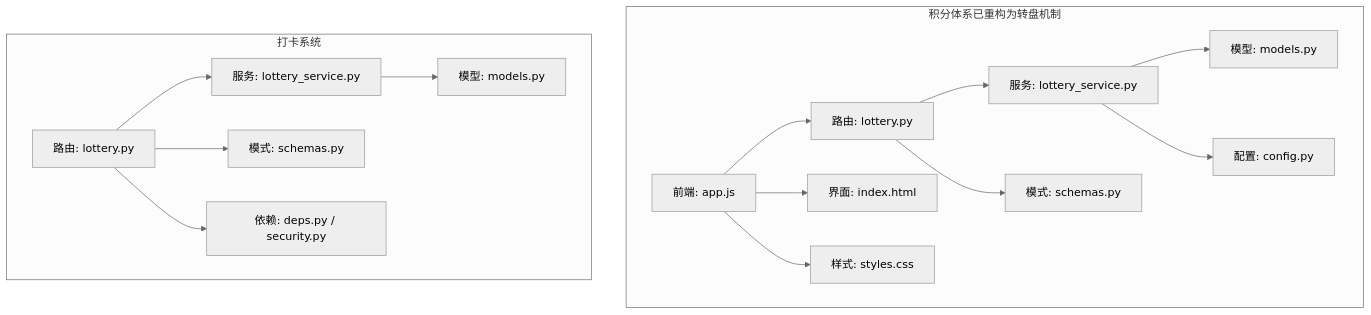
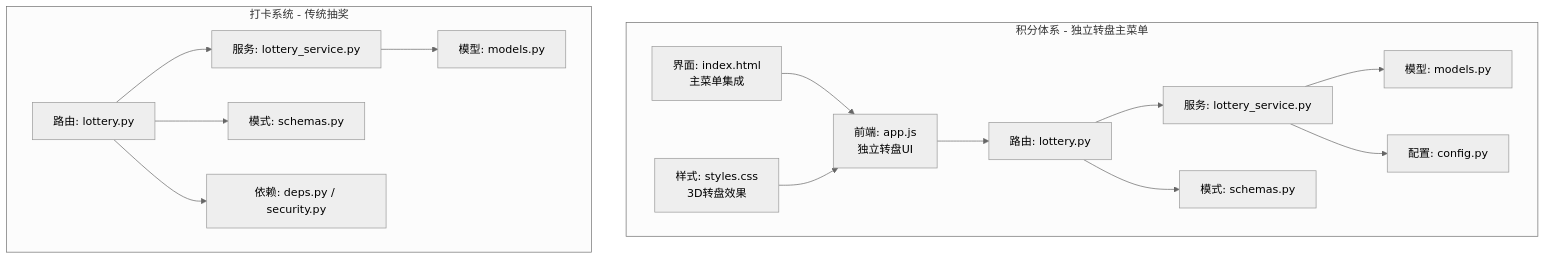
The first of 7 diagrams in .qoder/repowiki/zh/content/积分兑换系统/核心功能模块/抽奖系统.md (onebody/homework), drawn with Mermaid (neutral theme) before and after one commit. The commit also changed other lines of this file and 4 other files, not shown here.

````diff
--- a/.qoder/repowiki/zh/content/积分兑换系统/核心功能模块/抽奖系统.md
+++ b/.qoder/repowiki/zh/content/积分兑换系统/核心功能模块/抽奖系统.md
@@ -57,18 +51,18 @@
 ```mermaid
 graph TB
-subgraph "积分体系已重构为转盘机制"
+subgraph "积分体系 - 独立转盘主菜单"
 P_R["路由: lottery.py"] --> P_S["服务: lottery_service.py"]
 P_S --> P_M["模型: models.py"]
 P_S --> P_C["配置: config.py"]
 P_R --> P_SC["模式: schemas.py"]
-P_FE["前端: app.js"] --> P_R
-P_FE --> P_HTML["界面: index.html"]
-P_FE --> P_CSS["样式: styles.css"]
+P_FE["前端: app.js<br/>独立转盘UI"] --> P_R
+P_HTML["界面: index.html<br/>主菜单集成"] --> P_FE
+P_CSS["样式: styles.css<br/>3D转盘效果"] --> P_FE
 end
-subgraph "打卡系统"
+subgraph "打卡系统 - 传统抽奖"
 S_R["路由: lottery.py"] --> S_S["服务: lottery_service.py"]
 S_S --> S_M["模型: models.py"]
 S_R --> S_SC["模式: schemas.py"]
 S_R --> S_D["依赖: deps.py / security.py"]
 end
 ```
````
